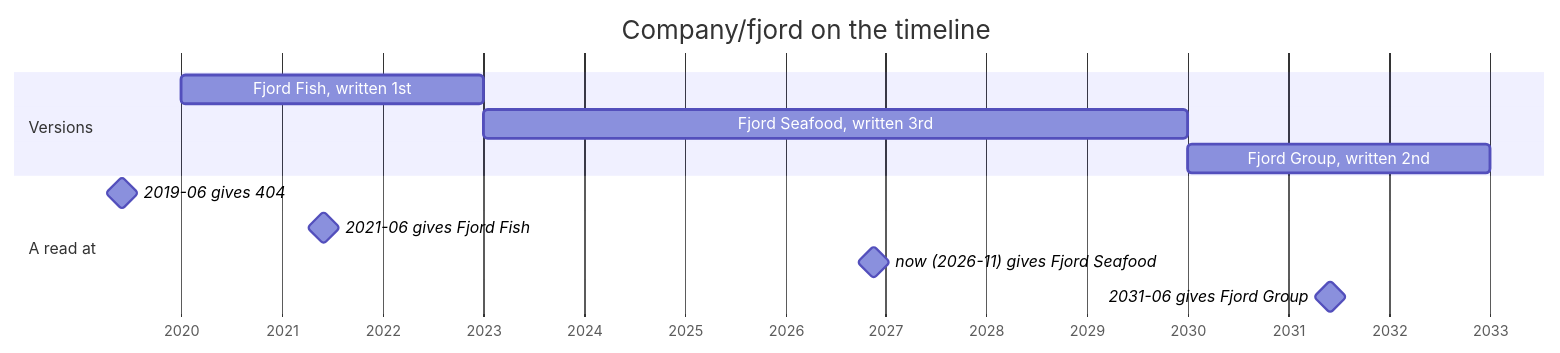
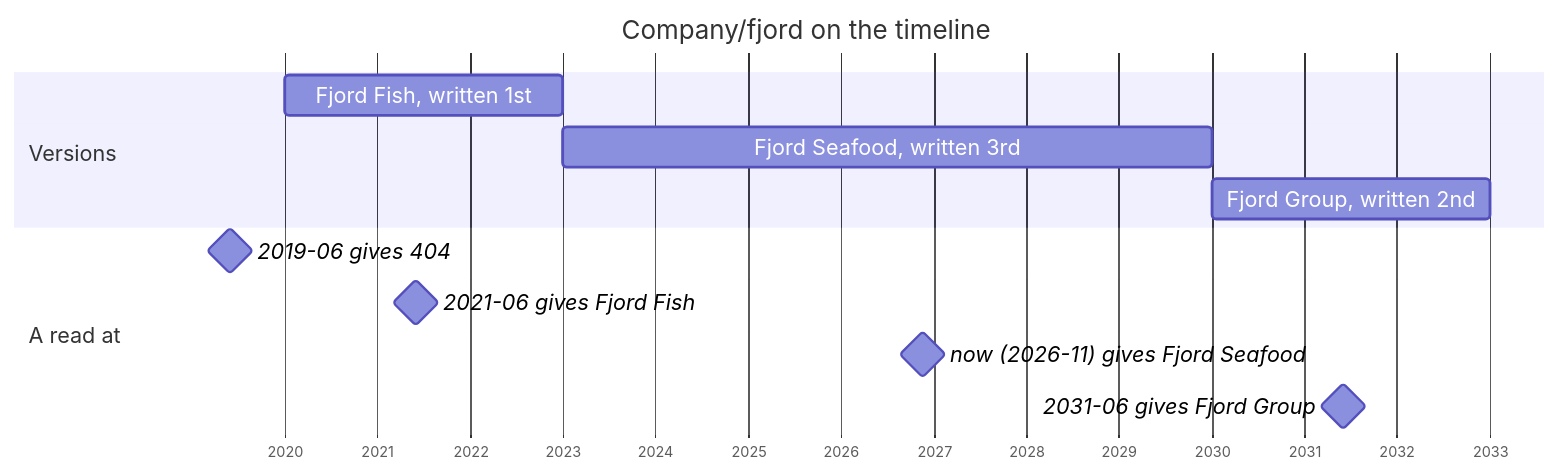
The first of 9 diagrams in docs/user/concepts.md (descoped/linked-data-store-project), drawn with Mermaid before and after one commit. The commit also changed other lines of this file and 1 other file, not shown here.

````diff
--- a/docs/user/concepts.md
+++ b/docs/user/concepts.md
@@ -146,16 +146,17 @@
 ```mermaid
+%%{init: {"gantt": {"leftPadding": 150, "fontSize": 15, "sectionFontSize": 15, "barHeight": 28, "barGap": 8}}}%%
 gantt
     title Company/fjord on the timeline
     dateFormat YYYY-MM-DD
     axisFormat %Y
     todayMarker off
     section Versions
     Fjord Fish, written 1st       : 2020-01-01, 2023-01-01
     Fjord Seafood, written 3rd    : 2023-01-01, 2030-01-01
     Fjord Group, written 2nd      : 2030-01-01, 2033-01-01
     section A read at
     2019-06 gives 404             : milestone, 2019-06-01, 0d
     2021-06 gives Fjord Fish      : milestone, 2021-06-01, 0d
     now (2026-11) gives Fjord Seafood      : milestone, 2026-11-20, 0d
     2031-06 gives Fjord Group     : milestone, 2031-06-01, 0d
 ```
````
